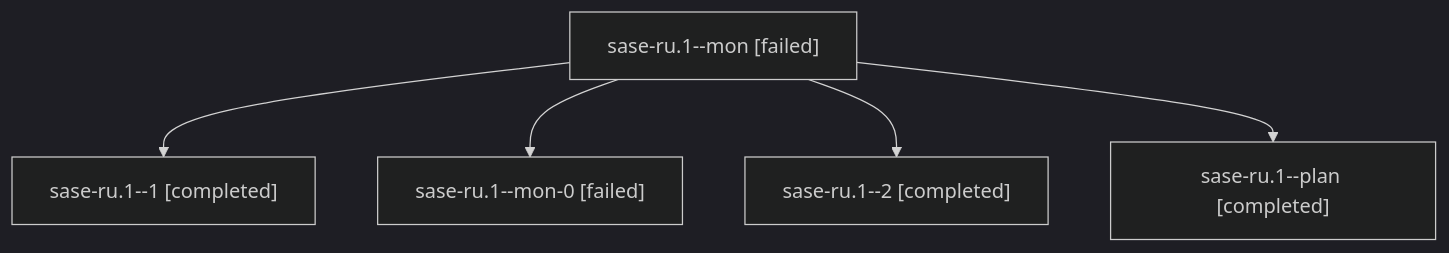
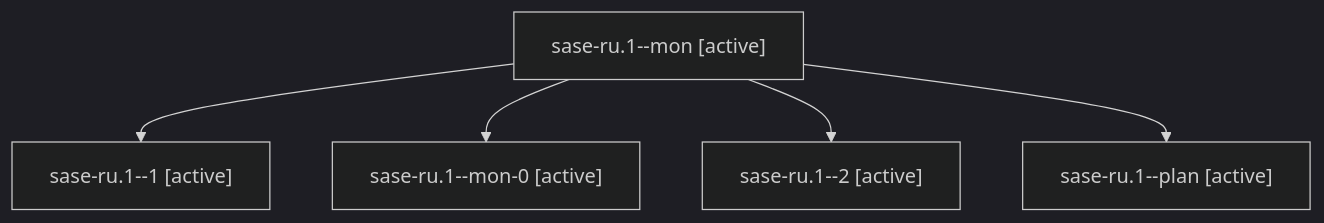
The diagram in families/bbugyi200.athena.sase-ru.1.md (sase-org/sase--agents), drawn with Mermaid (dark theme) before and after one commit. The commit also changed other lines of this file and 35830 other files, not shown here.

````diff
--- a/families/bbugyi200.athena.sase-ru.1.md
+++ b/families/bbugyi200.athena.sase-ru.1.md
@@ -9,12 +9,12 @@
 ```mermaid
 flowchart TD
-  n0["sase-ru.1--mon [failed]"]
-  n1["sase-ru.1--1 [completed]"]
+  n0["sase-ru.1--mon [active]"]
+  n1["sase-ru.1--1 [active]"]
   n0 --> n1
-  n2["sase-ru.1--mon-0 [failed]"]
+  n2["sase-ru.1--mon-0 [active]"]
   n0 --> n2
-  n3["sase-ru.1--2 [completed]"]
+  n3["sase-ru.1--2 [active]"]
   n0 --> n3
-  n4["sase-ru.1--plan [completed]"]
+  n4["sase-ru.1--plan [active]"]
   n0 --> n4
 ```
````
